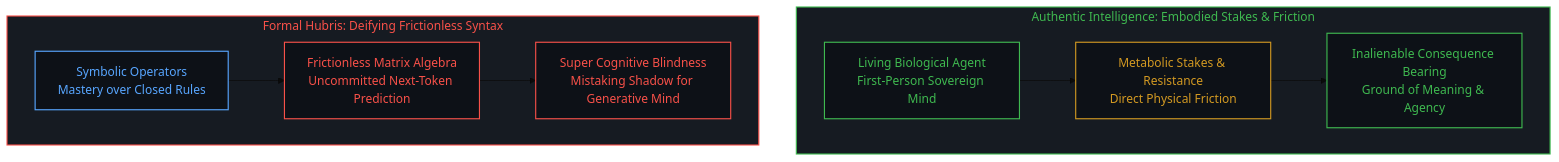
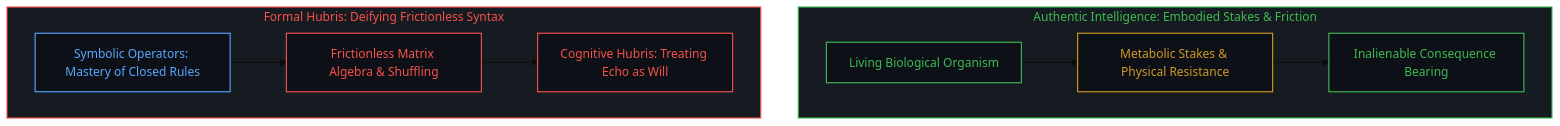
Before and after one commit to powerpig99/not-a-toe: the sixth of 10 diagrams in content/posts/all-that-can-be-spoken-is-the-product-of-the-unspeakable.md, drawn with Mermaid (base theme). The commit also changed other lines of this file and 8 other files, not shown here.

````diff
--- a/content/posts/all-that-can-be-spoken-is-the-product-of-the-unspeakable.md
+++ b/content/posts/all-that-can-be-spoken-is-the-product-of-the-unspeakable.md
@@ -163,25 +185,25 @@
 ```mermaid
 graph TD
     classDef default fill:#0d1117,stroke:#30363d,stroke-width:1px,color:#f0f6fc;
     classDef mind fill:#0d1117,stroke:#3fb950,stroke-width:1.5px,color:#3fb950;
     classDef failure fill:#0d1117,stroke:#f85149,stroke-width:1.5px,color:#f85149;
     classDef scaffold fill:#0d1117,stroke:#d29922,stroke-width:1.5px,color:#d29922;
     classDef model fill:#0d1117,stroke:#58a6ff,stroke-width:1.5px,color:#58a6ff;
 
     subgraph S_LivingMind_EN ["Authentic Intelligence: Embodied Stakes & Friction"]
-        LE1["Living Biological Agent<br/>First-Person Sovereign Mind"]:::mind
-        LE2["Metabolic Stakes & Resistance<br/>Direct Physical Friction"]:::scaffold
-        LE3["Inalienable Consequence Bearing<br/>Ground of Meaning & Agency"]:::mind
+        LE1["Living Biological Organism"]:::mind
+        LE2["Metabolic Stakes & Physical Resistance"]:::scaffold
+        LE3["Inalienable Consequence Bearing"]:::mind
         LE1 --> LE2 --> LE3
     end
 
     subgraph S_FormalHubris_EN ["Formal Hubris: Deifying Frictionless Syntax"]
-        HE1["Symbolic Operators<br/>Mastery over Closed Rules"]:::model
-        HE2["Frictionless Matrix Algebra<br/>Uncommitted Next-Token Prediction"]:::failure
-        HE3["Super Cognitive Blindness<br/>Mistaking Shadow for Generative Mind"]:::failure
+        HE1["Symbolic Operators: Mastery of Closed Rules"]:::model
+        HE2["Frictionless Matrix Algebra & Shuffling"]:::failure
+        HE3["Cognitive Hubris: Treating Echo as Will"]:::failure
         HE1 --> HE2 --> HE3
     end
 
     style S_LivingMind_EN fill:#161b22,stroke:#3fb950,stroke-width:1.5px,color:#3fb950
     style S_FormalHubris_EN fill:#161b22,stroke:#f85149,stroke-width:1.5px,color:#f85149
 ```
````
